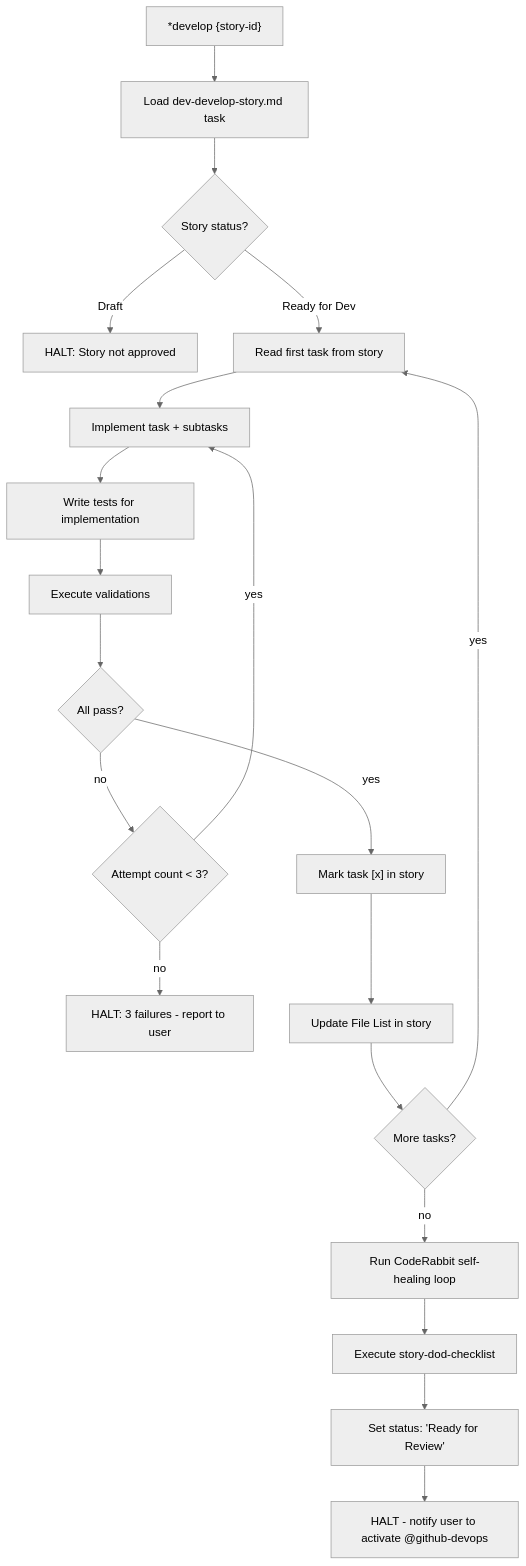
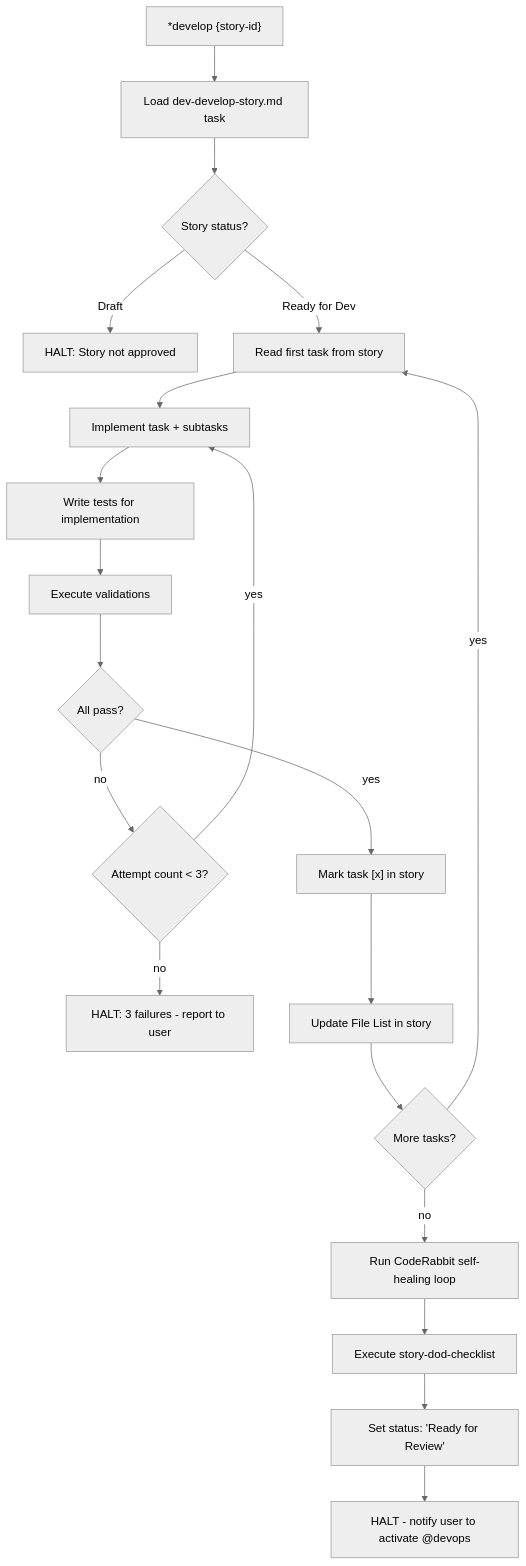
Before and after one commit to gigio-cangini-mentor/sei-la: the second of 12 diagrams in docs/guides/agents/traces/dev-execution-trace.md, drawn with Mermaid (neutral theme). The commit also changed other lines of this file and 79 other files, not shown here.

````diff
--- a/docs/guides/agents/traces/dev-execution-trace.md
+++ b/docs/guides/agents/traces/dev-execution-trace.md
@@ -167,22 +167,22 @@
 ```mermaid
 flowchart TD
     A["*develop {story-id}"] --> B[Load dev-develop-story.md task]
     B --> C{Story status?}
     C -->|Draft| D[HALT: Story not approved]
     C -->|Ready for Dev| E[Read first task from story]
     E --> F[Implement task + subtasks]
     F --> G[Write tests for implementation]
     G --> H[Execute validations]
     H --> I{All pass?}
     I -->|no| J{Attempt count < 3?}
     J -->|yes| F
     J -->|no| K[HALT: 3 failures - report to user]
     I -->|yes| L["Mark task [x] in story"]
     L --> M[Update File List in story]
     M --> N{More tasks?}
     N -->|yes| E
     N -->|no| O[Run CodeRabbit self-healing loop]
     O --> P[Execute story-dod-checklist]
     P --> Q["Set status: 'Ready for Review'"]
-    Q --> R[HALT - notify user to activate @github-devops]
+    Q --> R[HALT - notify user to activate @devops]
 ```
````
